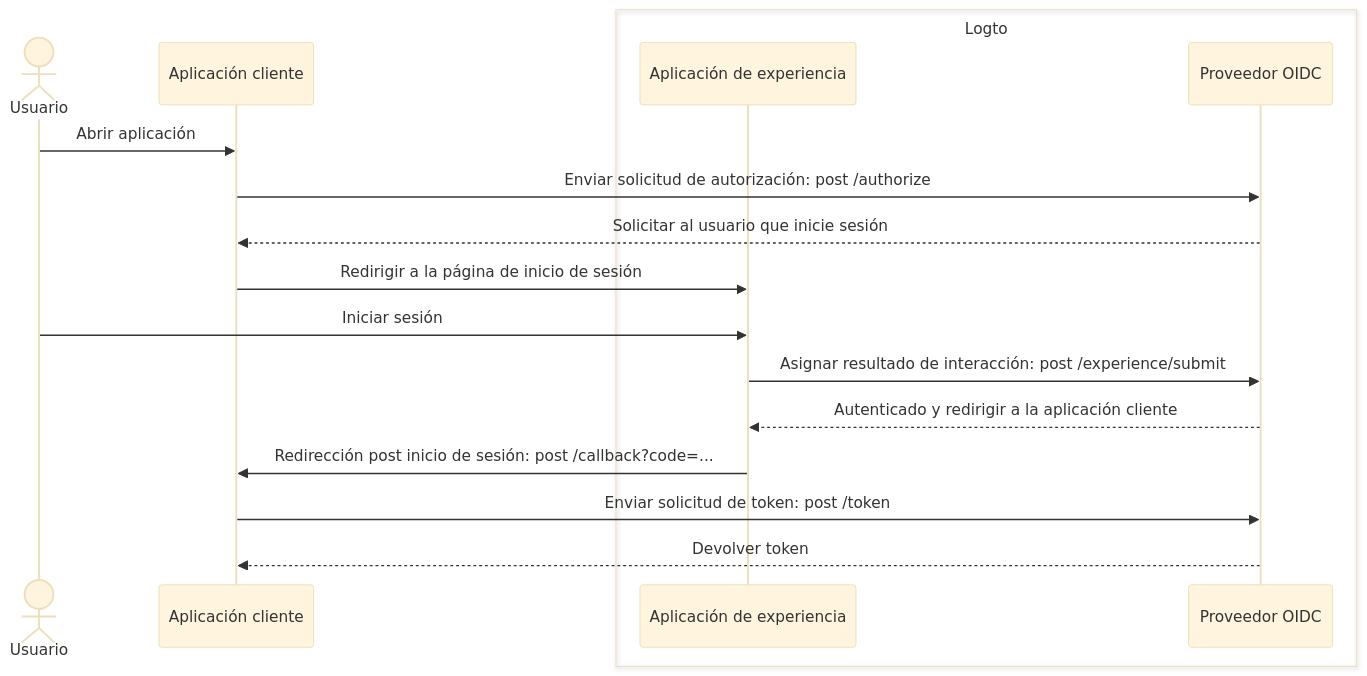
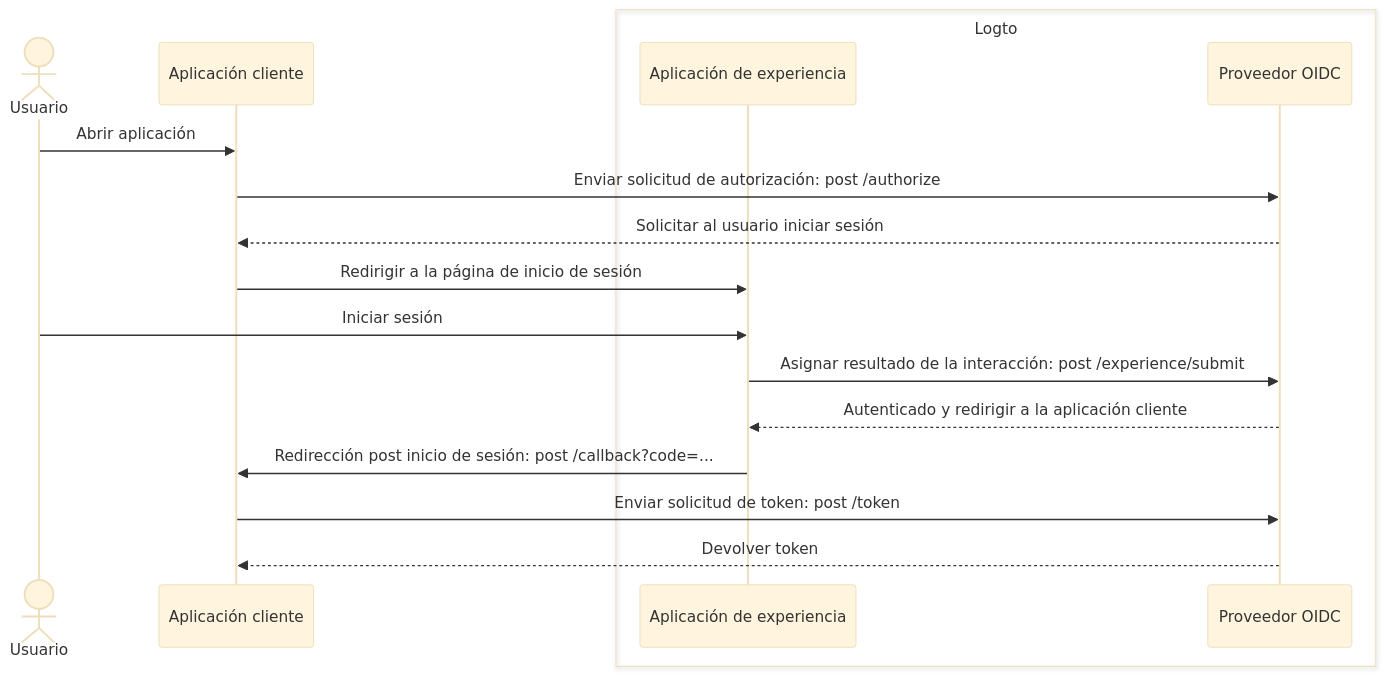
Before and after one commit to logto-io/docs: the first of 2 diagrams in i18n/es/docusaurus-plugin-content-docs/current/end-user-flows/sign-up-and-sign-in/README.mdx, drawn with Mermaid (base theme). The commit also changed other lines of this file and 53 other files, not shown here.

````diff
--- a/i18n/es/docusaurus-plugin-content-docs/current/end-user-flows/sign-up-and-sign-in/README.mdx
+++ b/i18n/es/docusaurus-plugin-content-docs/current/end-user-flows/sign-up-and-sign-in/README.mdx
@@ -15,21 +15,21 @@
 ```mermaid
 sequenceDiagram
   actor user as Usuario
   participant client as Aplicación cliente
 
   box Logto
     participant experience as Aplicación de experiencia
     participant oidc as Proveedor OIDC
   end
 
   user ->> client: Abrir aplicación
   client ->> oidc: Enviar solicitud de autorización: post /authorize
-  oidc -->> client: Solicitar al usuario que inicie sesión
+  oidc -->> client: Solicitar al usuario iniciar sesión
   client ->> experience: Redirigir a la página de inicio de sesión
   user ->> experience: Iniciar sesión
-  experience ->> oidc: Asignar resultado de interacción: post /experience/submit
+  experience ->> oidc: Asignar resultado de la interacción: post /experience/submit
   oidc -->> experience: Autenticado y redirigir a la aplicación cliente
   experience ->> client: Redirección post inicio de sesión: post /callback?code=...
   client ->> oidc: Enviar solicitud de token: post /token
   oidc -->> client: Devolver token
 ```
````
